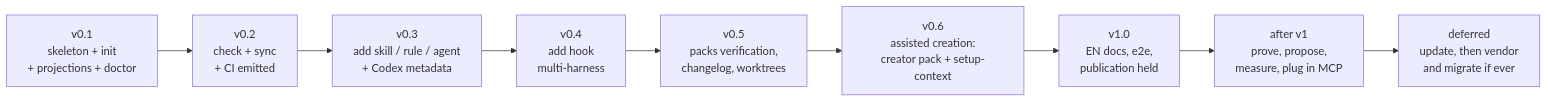
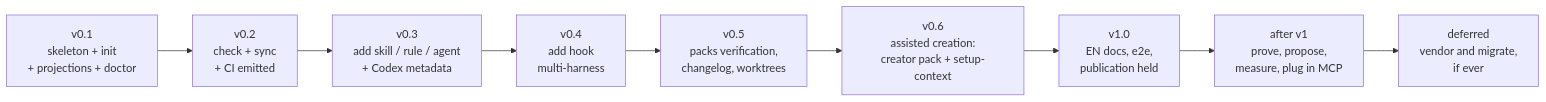
One commit to PicardRaphael/agentsdir changed the diagram in docs/roadmap.md. Above: the diagram before and after it, drawn with Mermaid. The commit also changed other lines of this file and 30 other files, not shown here.

````diff
--- a/docs/roadmap.md
+++ b/docs/roadmap.md
@@ -5,11 +5,11 @@
 ```mermaid
 flowchart LR
     v01["v0.1<br/>skeleton + init<br/>+ projections + doctor"] --> v02["v0.2<br/>check + sync<br/>+ CI emitted"]
     v02 --> v03["v0.3<br/>add skill / rule / agent<br/>+ Codex metadata"]
     v03 --> v04["v0.4<br/>add hook<br/>multi-harness"]
     v04 --> v05["v0.5<br/>packs verification,<br/>changelog, worktrees"]
     v05 --> v06["v0.6<br/>assisted creation:<br/>creator pack + setup-context"]
     v06 --> v1["v1.0<br/>EN docs, e2e,<br/>publication held"]
     v1 --> gov["after v1<br/>prove, propose,<br/>measure, plug in MCP"]
-    gov --> later["deferred<br/>update, then vendor<br/>and migrate if ever"]
+    gov --> later["deferred<br/>vendor and migrate,<br/>if ever"]
 ```
````
